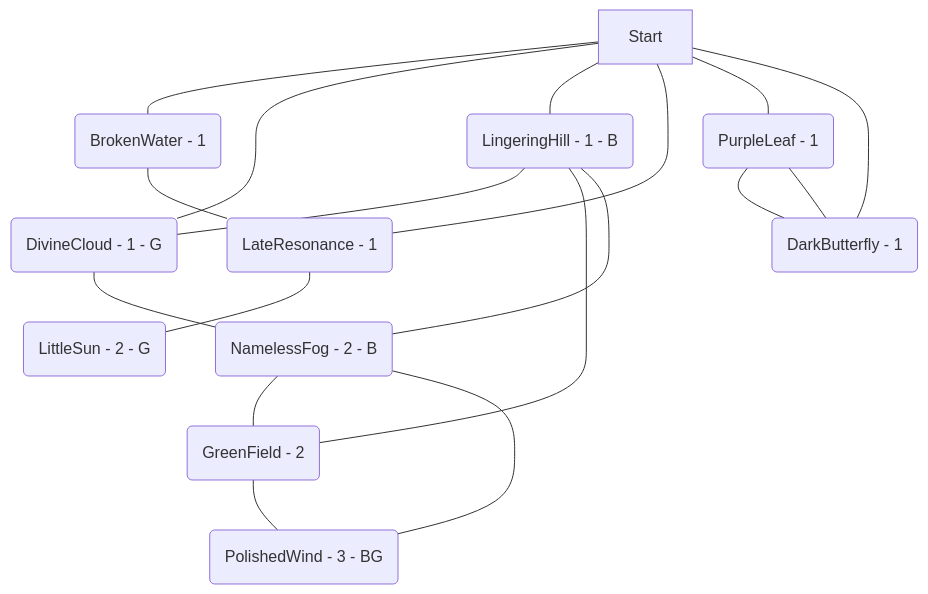
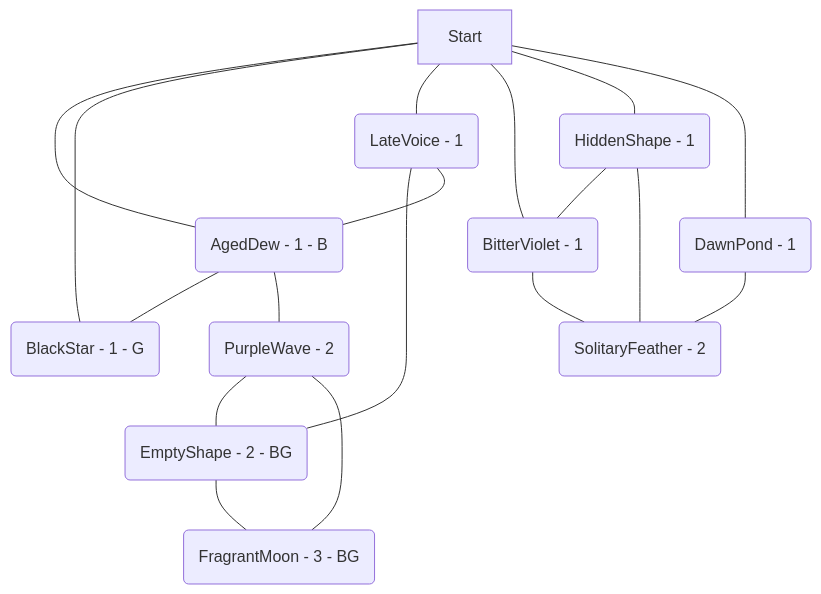
One commit to kinostl/Automatic-Liberation-Map changed the diagram in examples/004.md. Above: the diagram before and after it, drawn with Mermaid. The commit also changed other lines of this file and 9 other files, not shown here.

````diff
--- a/examples/004.md
+++ b/examples/004.md
@@ -3,20 +4,20 @@
 ```mermaid  
 flowchart TD  
-	XIHEZWqQ(LingeringHill - 1 - B) --- bFYPIKCy(DivineCloud - 1 - G)  
-	CILQDKRx(NamelessFog - 2 - B) --- cnuEVhUl(GreenField - 2)  
-	Start --- kjbBMKao(BrokenWater - 1)  
-	Start --- bFYPIKCy(DivineCloud - 1 - G)  
-	Start --- XIHEZWqQ(LingeringHill - 1 - B)  
-	kjbBMKao(BrokenWater - 1) --- uYZtWwJE(LateResonance - 1)  
-	CILQDKRx(NamelessFog - 2 - B) --- hbpOuwBP(PolishedWind - 3 - BG)  
-	XIHEZWqQ(LingeringHill - 1 - B) --- cnuEVhUl(GreenField - 2)  
-	XIHEZWqQ(LingeringHill - 1 - B) --- CILQDKRx(NamelessFog - 2 - B)  
-	Start --- uYZtWwJE(LateResonance - 1)  
-	cnuEVhUl(GreenField - 2) --- hbpOuwBP(PolishedWind - 3 - BG)  
-	gJXKfUYn(PurpleLeaf - 1) --- jfuLwUIt(DarkButterfly - 1)  
-	jfuLwUIt(DarkButterfly - 1) --- gJXKfUYn(PurpleLeaf - 1)  
-	Start --- gJXKfUYn(PurpleLeaf - 1)  
-	bFYPIKCy(DivineCloud - 1 - G) --- CILQDKRx(NamelessFog - 2 - B)  
-	Start --- jfuLwUIt(DarkButterfly - 1)  
-	uYZtWwJE(LateResonance - 1) --- ixgdSEYP(LittleSun - 2 - G)  
+	XpWSxNTn(PurpleWave - 2) --- eqOIDkpc(EmptyShape - 2 - BG)  
+	Start --- ujsFBCvH(AgedDew - 1 - B)  
+	TdUGkoBR(LateVoice - 1) --- eqOIDkpc(EmptyShape - 2 - BG)  
+	gRaFkHnV(BitterViolet - 1) --- jQyXhmdx(SolitaryFeather - 2)  
+	Start --- EHPsnhTI(BlackStar - 1 - G)  
+	XpWSxNTn(PurpleWave - 2) --- JwGIiNcd(FragrantMoon - 3 - BG)  
+	rSORmNhT(HiddenShape - 1) --- gRaFkHnV(BitterViolet - 1)  
+	Start --- TdUGkoBR(LateVoice - 1)  
+	Start --- gRaFkHnV(BitterViolet - 1)  
+	Start --- rSORmNhT(HiddenShape - 1)  
+	jFPoVGTR(DawnPond - 1) --- jQyXhmdx(SolitaryFeather - 2)  
+	eqOIDkpc(EmptyShape - 2 - BG) --- JwGIiNcd(FragrantMoon - 3 - BG)  
+	Start --- jFPoVGTR(DawnPond - 1)  
+	rSORmNhT(HiddenShape - 1) --- jQyXhmdx(SolitaryFeather - 2)  
+	ujsFBCvH(AgedDew - 1 - B) --- EHPsnhTI(BlackStar - 1 - G)  
+	ujsFBCvH(AgedDew - 1 - B) --- XpWSxNTn(PurpleWave - 2)  
+	TdUGkoBR(LateVoice - 1) --- ujsFBCvH(AgedDew - 1 - B)  
 ```  
````
